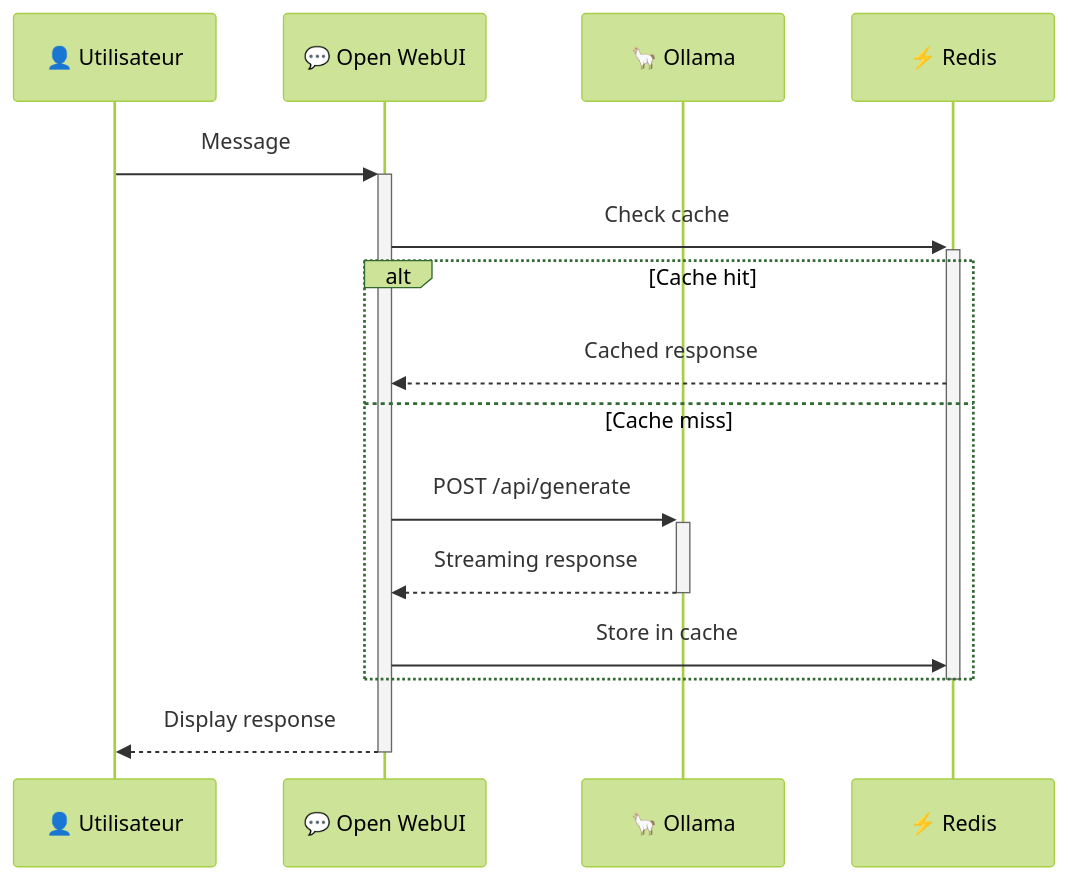
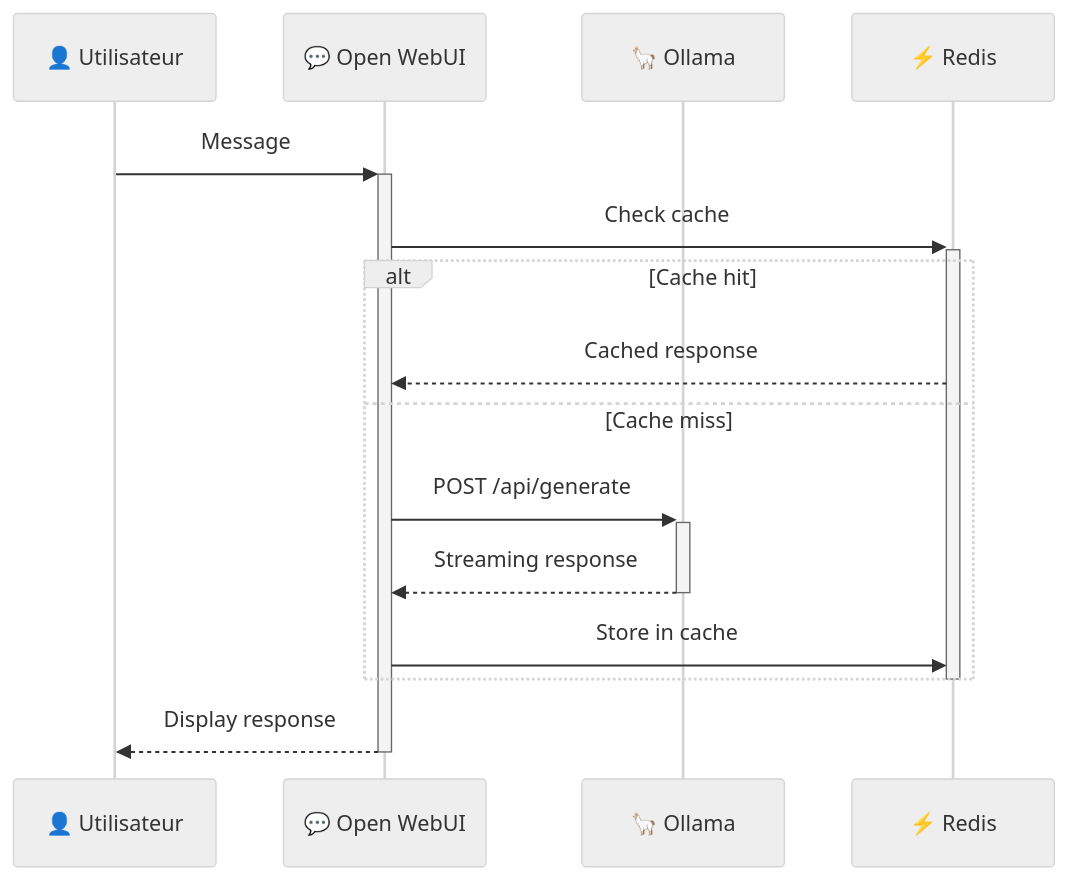
The third of 14 diagrams in docs/ARCHITECTURE.md (MPFabio/Stack-IA), drawn with Mermaid before and after one commit. The commit also changed other lines of this file, not shown here.

````diff
--- a/docs/ARCHITECTURE.md
+++ b/docs/ARCHITECTURE.md
@@ -183,20 +191,20 @@
 ```mermaid
-%%{init: {'theme':'forest'}}%%
+%%{init: {'theme':'neutral'}}%%
 sequenceDiagram
     participant U as 👤 Utilisateur
     participant W as 💬 Open WebUI
     participant O as 🦙 Ollama
     participant R as ⚡ Redis
     
     U->>+W: Message
     W->>+R: Check cache
     alt Cache hit
         R-->>W: Cached response
     else Cache miss
         W->>+O: POST /api/generate
         O-->>-W: Streaming response
         W->>R: Store in cache
     end
     deactivate R
     W-->>-U: Display response
 ```
````
